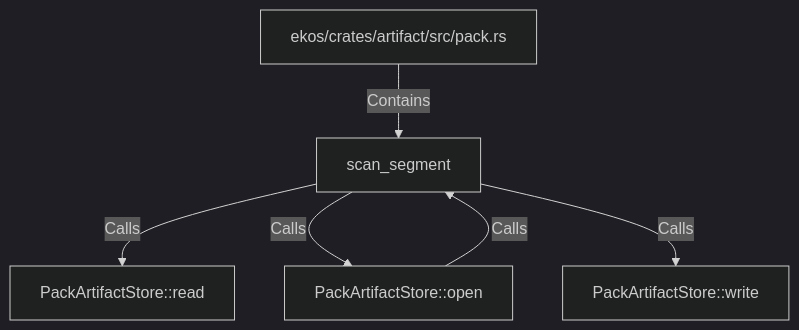
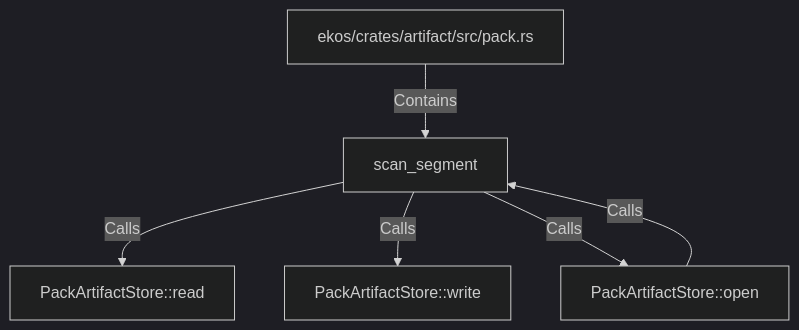
Before and after one commit to alexeyban/EKOS: the diagram in doc/entities/rustsymbol/sc/scan-segment.md, drawn with Mermaid (dark theme). The commit also changed other lines of this file and 552 other files, not shown here.

````diff
--- a/doc/entities/rustsymbol/sc/scan-segment.md
+++ b/doc/entities/rustsymbol/sc/scan-segment.md
@@ -24,13 +24,13 @@
 ```mermaid
 graph TD
     nc4b5e70fe2655b5b9fa4a7aed1ea48cf["scan_segment"]
     n98cd7507d9e759e3acfbc7ffb05d9f73["ekos/crates/artifact/src/pack.rs"]
     n98cd7507d9e759e3acfbc7ffb05d9f73 -->|Contains| nc4b5e70fe2655b5b9fa4a7aed1ea48cf
     n0047714766fe5667876f59e9dc819b1c["PackArtifactStore::open"]
     n0047714766fe5667876f59e9dc819b1c -->|Calls| nc4b5e70fe2655b5b9fa4a7aed1ea48cf
     na5061f98e89d569ea13ccca36a9e7f0a["PackArtifactStore::read"]
     nc4b5e70fe2655b5b9fa4a7aed1ea48cf -->|Calls| na5061f98e89d569ea13ccca36a9e7f0a
-    nc4b5e70fe2655b5b9fa4a7aed1ea48cf -->|Calls| n0047714766fe5667876f59e9dc819b1c
     nf153ee6296d15be6bdb9249eab66c33b["PackArtifactStore::write"]
     nc4b5e70fe2655b5b9fa4a7aed1ea48cf -->|Calls| nf153ee6296d15be6bdb9249eab66c33b
+    nc4b5e70fe2655b5b9fa4a7aed1ea48cf -->|Calls| n0047714766fe5667876f59e9dc819b1c
 ```
````
